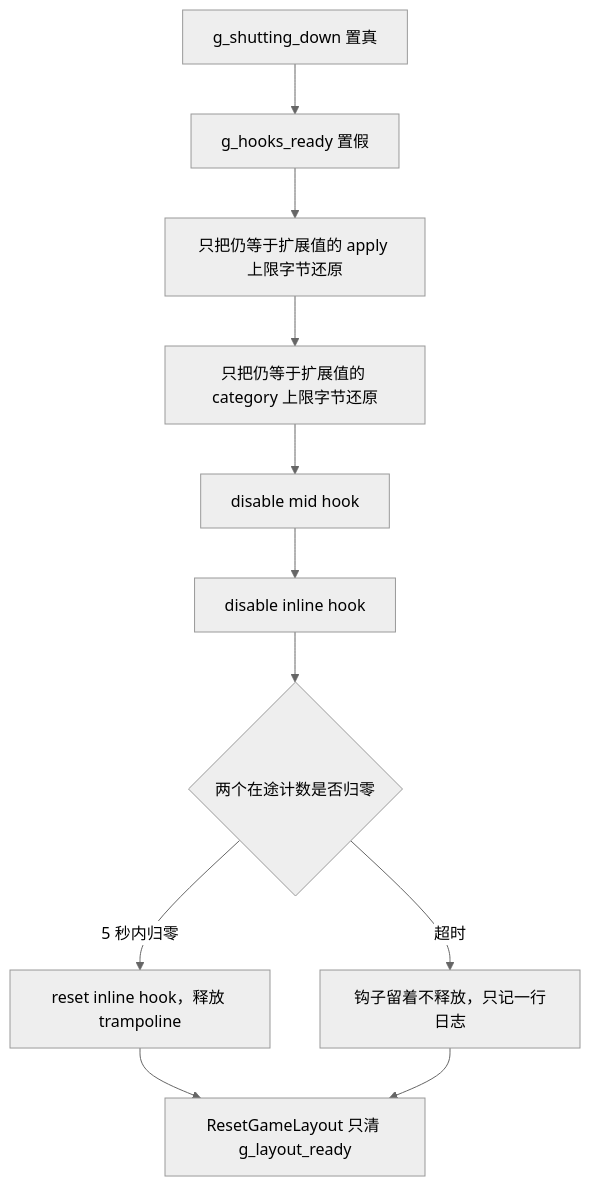
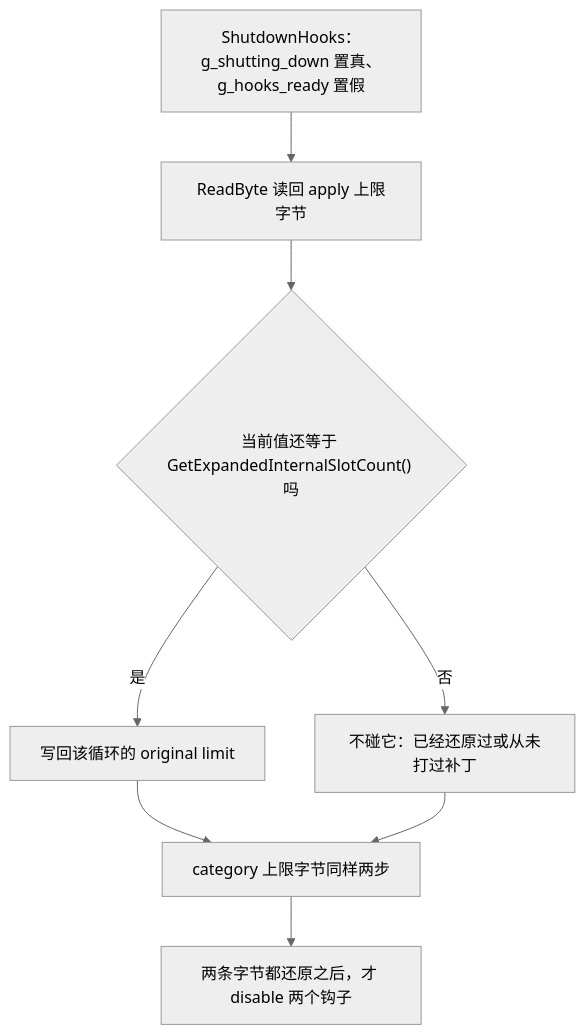
The fifth of 5 diagrams in openwiki/workflows/skill-injection-runtime.md (baagod/GBFR-Sigil-Loadout), drawn with Mermaid (neutral theme) before and after one commit. The commit also changed other lines of this file and 47 other files, not shown here.

````diff
--- a/openwiki/workflows/skill-injection-runtime.md
+++ b/openwiki/workflows/skill-injection-runtime.md
@@ -238,13 +341,10 @@
 ```mermaid
 flowchart TD
-    A["g_shutting_down 置真"] --> B["g_hooks_ready 置假"]
-    B --> C["只把仍等于扩展值的 apply 上限字节还原"]
-    C --> D["只把仍等于扩展值的 category 上限字节还原"]
-    D --> E["disable mid hook"]
-    E --> F["disable inline hook"]
-    F --> G{"两个在途计数是否归零"}
-    G -- "5 秒内归零" --> H["reset inline hook，释放 trampoline"]
-    G -- "超时" --> I["钩子留着不释放，只记一行日志"]
-    H --> J["ResetGameLayout 只清 g_layout_ready"]
-    I --> J
+    A["ShutdownHooks：g_shutting_down 置真、g_hooks_ready 置假"] --> B["ReadByte 读回 apply 上限字节"]
+    B --> C{"当前值还等于 GetExpandedInternalSlotCount() 吗"}
+    C -- "否" --> D["不碰它：已经还原过或从未打过补丁"]
+    C -- "是" --> E["写回该循环的 original limit"]
+    E --> F["category 上限字节同样两步"]
+    D --> F
+    F --> G["两条字节都还原之后，才 disable 两个钩子"]
 ```
````
